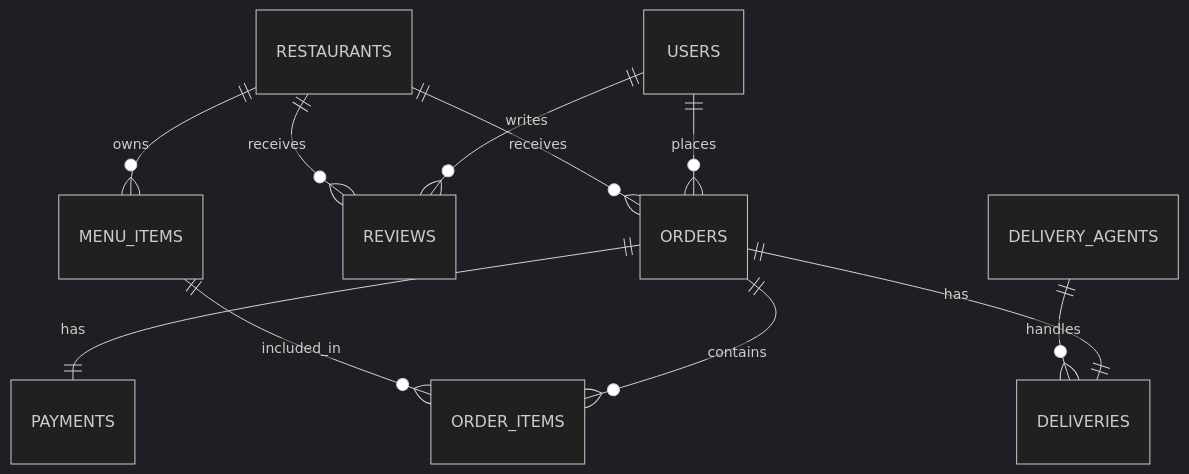
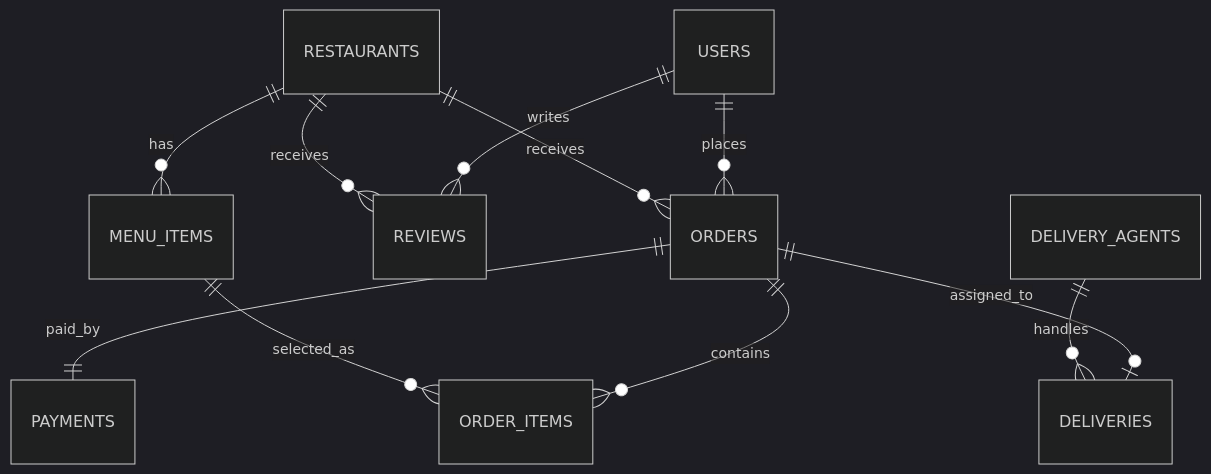
One commit to praju455/cravebite changed the diagram in README.md. Above: the diagram before and after it, drawn with Mermaid (dark theme). The commit also changed other lines of this file and 29 other files, not shown here.

````diff
--- a/README.md
+++ b/README.md
@@ -32,13 +64,16 @@
 ```mermaid
 erDiagram
     USERS ||--o{ ORDERS : places
     USERS ||--o{ REVIEWS : writes
-    RESTAURANTS ||--o{ MENU_ITEMS : owns
+
+    RESTAURANTS ||--o{ MENU_ITEMS : has
     RESTAURANTS ||--o{ ORDERS : receives
     RESTAURANTS ||--o{ REVIEWS : receives
+
     ORDERS ||--o{ ORDER_ITEMS : contains
-    MENU_ITEMS ||--o{ ORDER_ITEMS : included_in
-    ORDERS ||--|| PAYMENTS : has
-    ORDERS ||--|| DELIVERIES : has
+    MENU_ITEMS ||--o{ ORDER_ITEMS : selected_as
+
+    ORDERS ||--|| PAYMENTS : paid_by
+    ORDERS ||--o| DELIVERIES : assigned_to
     DELIVERY_AGENTS ||--o{ DELIVERIES : handles
 ```
````
